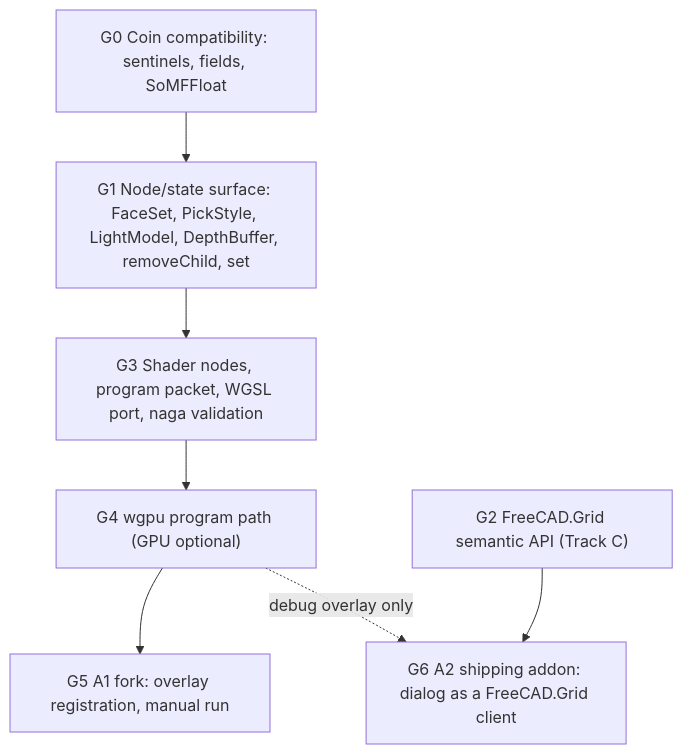
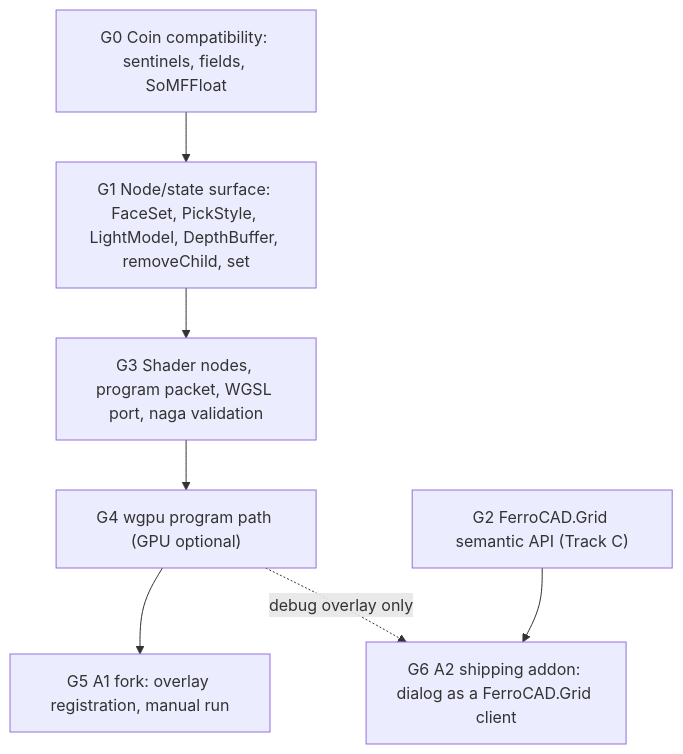
The first of 2 diagrams in docs/workbenches/grid-overlay-plan.md (ferrocad/ferrocad), drawn with Mermaid before and after one commit. The commit also changed other lines of this file and 34 other files, not shown here.

First line of the commit message:
docs: record the FreeCAD/FerroCAD API boundary

````diff
--- a/docs/workbenches/grid-overlay-plan.md
+++ b/docs/workbenches/grid-overlay-plan.md
@@ -562,14 +562,14 @@
 ```mermaid
 flowchart TD
     G0["G0 Coin compatibility: sentinels, fields, SoMFFloat"]
     G1["G1 Node/state surface: FaceSet, PickStyle, LightModel, DepthBuffer, removeChild, set"]
-    G2["G2 FreeCAD.Grid semantic API (Track C)"]
+    G2["G2 FerroCAD.Grid semantic API (Track C)"]
     G3["G3 Shader nodes, program packet, WGSL port, naga validation"]
     G4["G4 wgpu program path (GPU optional)"]
     G5["G5 A1 fork: overlay registration, manual run"]
-    G6["G6 A2 shipping addon: dialog as a FreeCAD.Grid client"]
+    G6["G6 A2 shipping addon: dialog as a FerroCAD.Grid client"]
     G0 --> G1
     G1 --> G3 --> G4 --> G5
     G2 --> G6
     G4 -. "debug overlay only" .-> G6
 ```
````
